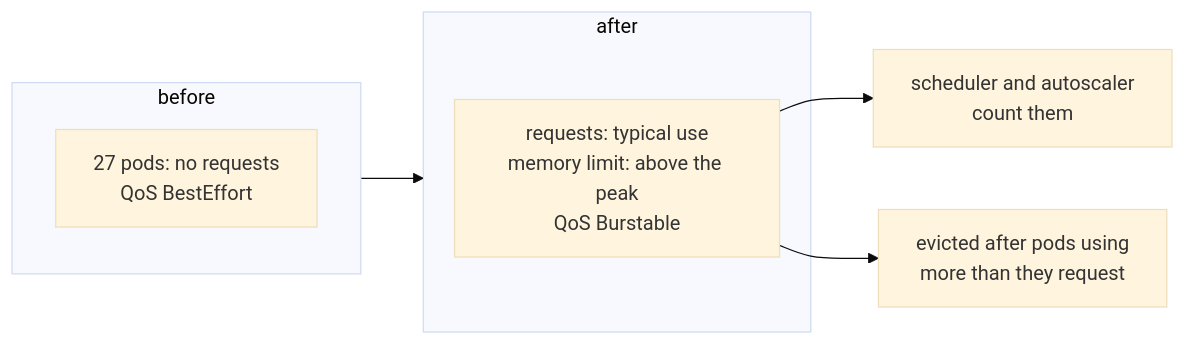
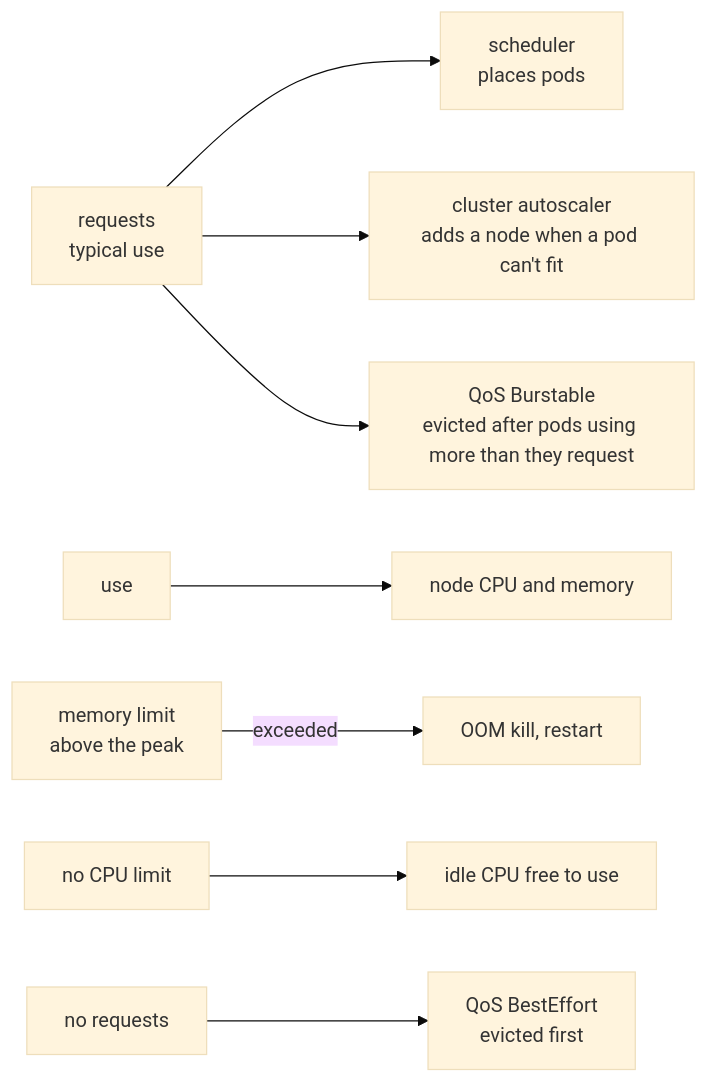
Before and after one commit to arikkfir-org/delivery: the diagram in docs/delivery/designs/resource-requests.md, drawn with Mermaid (base theme). The commit also changed other lines of this file and 14 other files, not shown here.

````diff
--- a/docs/delivery/designs/resource-requests.md
+++ b/docs/delivery/designs/resource-requests.md
@@ -22,12 +14,10 @@
 ```mermaid
 flowchart LR
-  subgraph before["before"]
-    B["27 pods: no requests<br/>QoS BestEffort"]
-  end
-  subgraph after["after"]
-    A["requests: typical use<br/>memory limit: above the peak<br/>QoS Burstable"]
-  end
-  before --> after
-  A --> S["scheduler and autoscaler<br/>count them"]
-  A --> E["evicted after pods using<br/>more than they request"]
+  R["requests<br/>typical use"] --> S["scheduler<br/>places pods"]
+  R --> A["cluster autoscaler<br/>adds a node when a pod can't fit"]
+  R --> Q["QoS Burstable<br/>evicted after pods using more than they request"]
+  U["use"] --> N["node CPU and memory"]
+  L["memory limit<br/>above the peak"] -->|"exceeded"| K["OOM kill, restart"]
+  C["no CPU limit"] --> F["idle CPU free to use"]
+  X["no requests"] --> BE["QoS BestEffort<br/>evicted first"]
 ```
````
